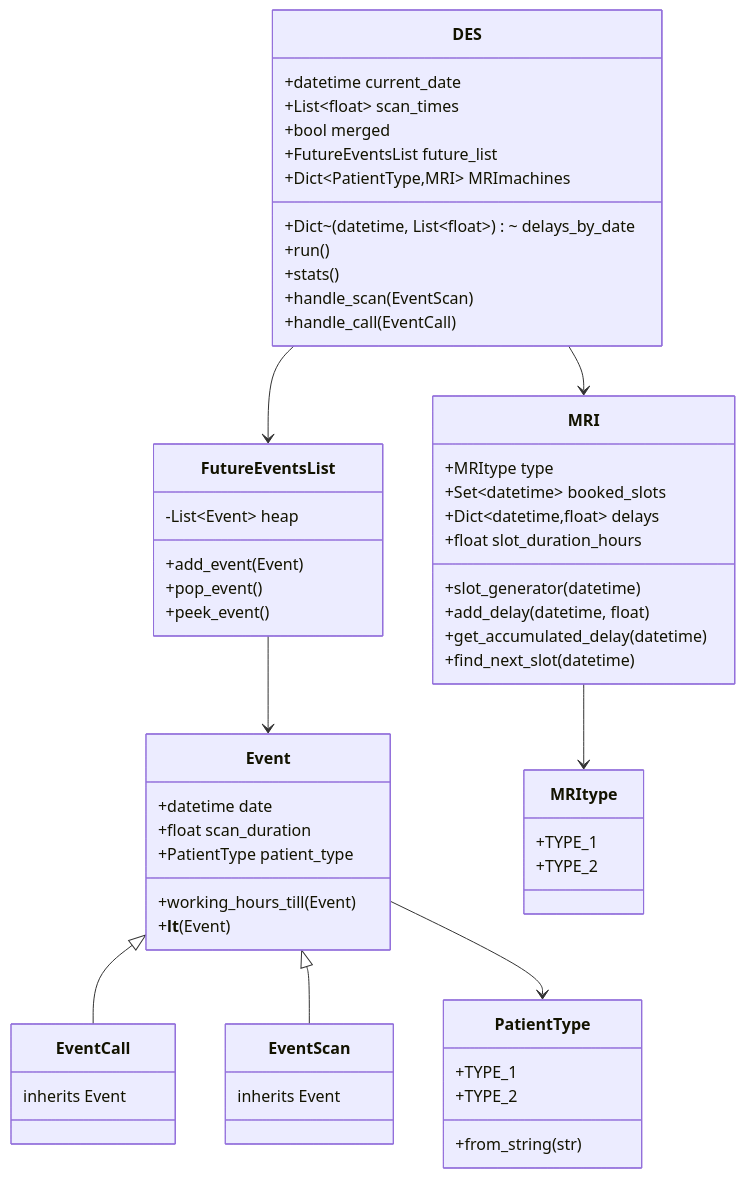
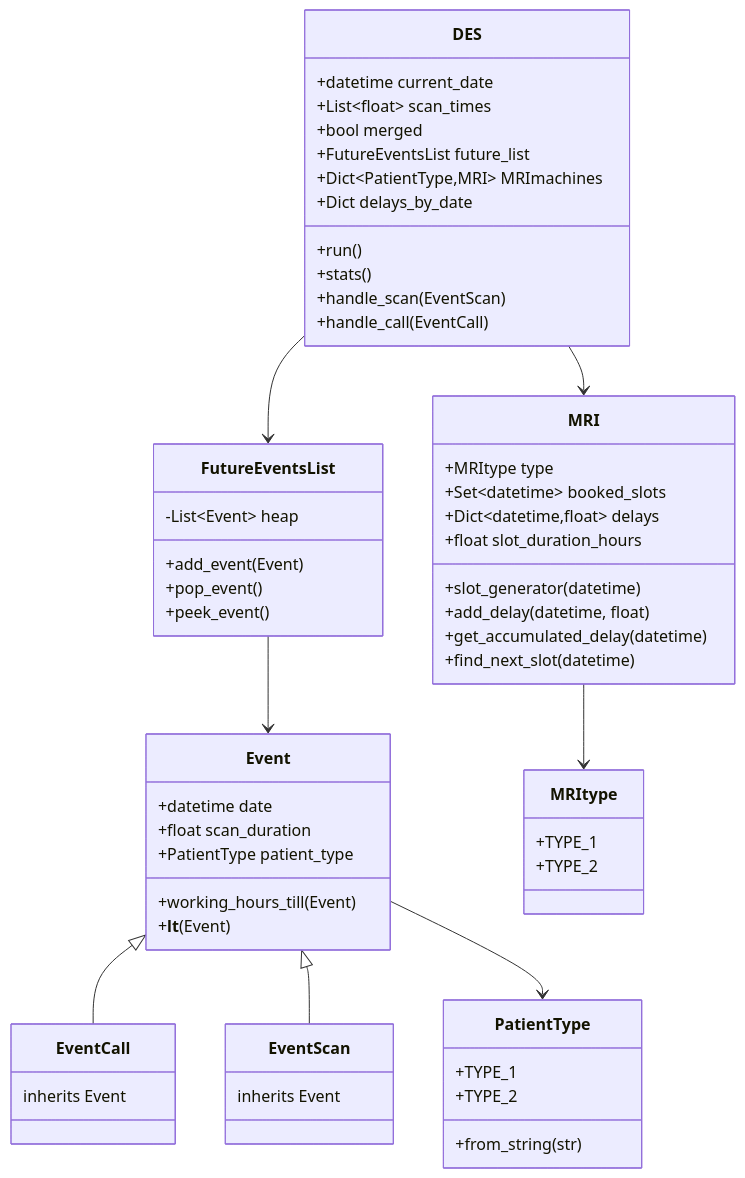
The diagram in README.md (QuinnCuijpers/Computational-Assignment), drawn with Mermaid before and after one commit.

````diff
--- a/README.md
+++ b/README.md
@@ -10,60 +10,60 @@
 ```mermaid
 classDiagram
 class Event {
 +datetime date
 +float scan_duration
 +PatientType patient_type
 +working_hours_till(Event)
 +__lt__(Event)
 }
 class EventCall {
 inherits Event
 }
 class EventScan {
 inherits Event
 }
 class PatientType {
 +TYPE_1
 +TYPE_2
 +from_string(str)
 }
 class MRItype {
 +TYPE_1
 +TYPE_2
 }
 class MRI {
 +MRItype type
 +Set~datetime~ booked_slots
 +Dict~datetime,float~ delays
 +float slot_duration_hours
 +slot_generator(datetime)
 +add_delay(datetime, float)
 +get_accumulated_delay(datetime)
 +find_next_slot(datetime)
 }
 class FutureEventsList {
 -List~Event~ heap
 +add_event(Event)
 +pop_event()
 +peek_event()
 }
 class DES {
 +datetime current_date
 +List~float~ scan_times
 +bool merged
 +FutureEventsList future_list
 +Dict~PatientType,MRI~ MRImachines
-+Dict~(datetime, List~float~)~ delays_by_date
++Dict<datetime, List~float~> delays_by_date
 +run()
 +stats()
 +handle_scan(EventScan)
 +handle_call(EventCall)
 }
 Event <|-- EventCall
 Event <|-- EventScan
 Event --> PatientType
 MRI --> MRItype
 DES --> FutureEventsList
 DES --> MRI
 FutureEventsList --> Event
 ```
````
